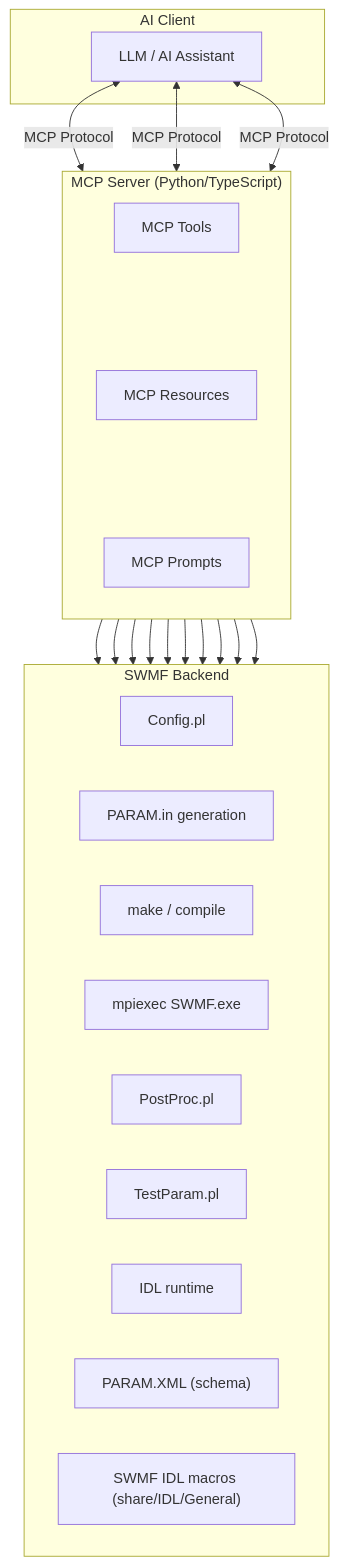
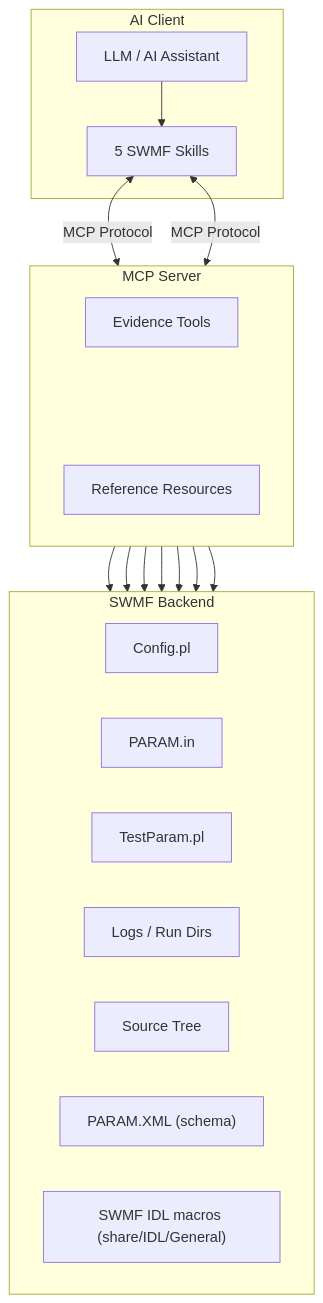
One commit to KehengZhu/SWMF-MCP-Server changed the first of 6 diagrams in README.md. Above: the diagram before and after it, drawn with Mermaid. The commit also changed other lines of this file and 63 other files, not shown here.

Commit message:
refined mcp tools. advanced capabilities are moved to skills.

````diff
--- a/README.md
+++ b/README.md
@@ -9,50 +9,43 @@
 ```mermaid
 graph TD
 
     subgraph CLIENT["AI Client"]
-        LLM["LLM / AI Assistant"]
+    LLM["LLM / AI Assistant"]
+    SKILLS["5 SWMF Skills"]
     end
 
-    subgraph SERVER["MCP Server (Python/TypeScript)"]
+  subgraph SERVER["MCP Server"]
         direction LR
-        TOOLS["MCP Tools"]
+    TOOLS["Evidence Tools"]
         SPACE1[" "]
-        RESOURCES["MCP Resources"]
-        SPACE2[" "]
-        PROMPTS["MCP Prompts"]
+    RESOURCES["Reference Resources"]
     end
 
     subgraph BACKEND["SWMF Backend"]
         direction LR
-        CONFIG["Config.pl"]
-        PARAMIN["PARAM.in generation"]
-        BUILD["make / compile"]
-        RUN["mpiexec SWMF.exe"]
-        POSTPROC["PostProc.pl"]
+    CONFIG["Config.pl"]
+    PARAMIN["PARAM.in"]
         TESTPARAM["TestParam.pl"]
-        IDLRUNTIME["IDL runtime"]
+    LOGS["Logs / Run Dirs"]
+    SOURCE["Source Tree"]
         PARAMXML["PARAM.XML (schema)"]
         IDLMACRO["SWMF IDL macros (share/IDL/General)"]
     end
 
     SPACE1:::hidden
-    SPACE2:::hidden
 
-    LLM <-->|MCP Protocol| TOOLS
-    LLM <-->|MCP Protocol| RESOURCES
-    LLM <-->|MCP Protocol| PROMPTS
+  LLM --> SKILLS
+  SKILLS <-->|MCP Protocol| TOOLS
+  SKILLS <-->|MCP Protocol| RESOURCES
 
     TOOLS --> CONFIG
     TOOLS --> PARAMIN
-    TOOLS --> BUILD
-    TOOLS --> RUN
-    TOOLS --> POSTPROC
     TOOLS --> TESTPARAM
-    TOOLS --> IDLRUNTIME
-    TOOLS --> IDLMACRO
+  TOOLS --> LOGS
+  TOOLS --> SOURCE
 
     RESOURCES --> PARAMXML
     RESOURCES --> IDLMACRO
 
     classDef hidden fill:none,stroke:none,color:none;
 ```
````
